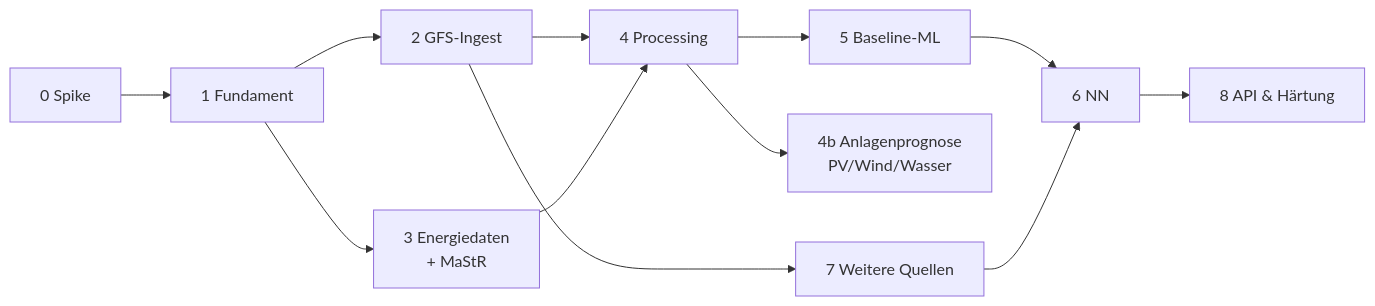
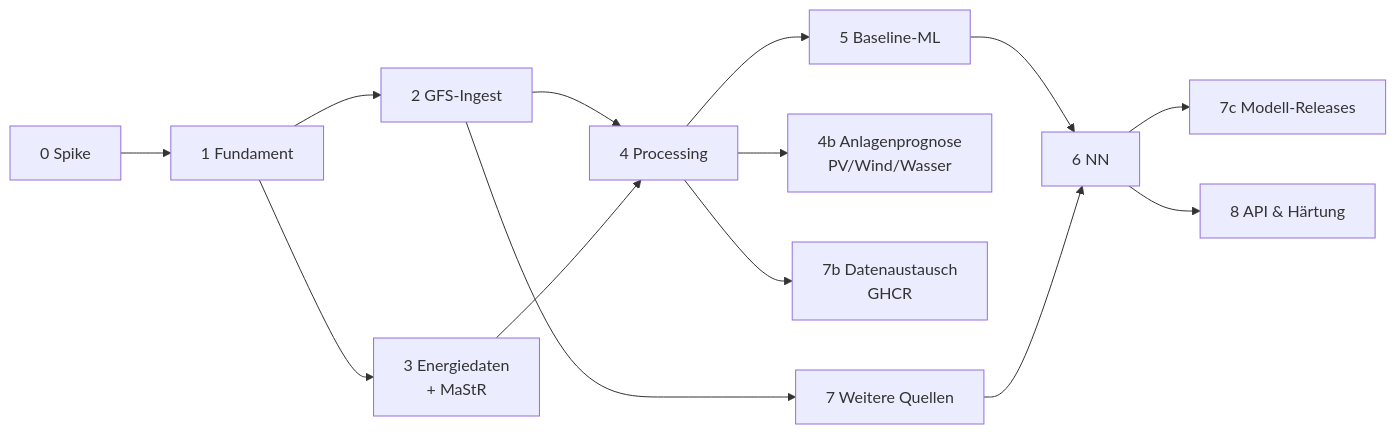
Before and after one commit to the78mole/PredictionDB: diagram 18 of 18 in docs/ARCHITEKTUR.md, drawn with Mermaid. The commit also changed other lines of this file, not shown here.

First line of the commit message:
docs(architektur): Datenaustausch und Modell-Releases über GHCR (#34)

````diff
--- a/docs/ARCHITEKTUR.md
+++ b/docs/ARCHITEKTUR.md
@@ -1455,12 +1593,14 @@
 ```mermaid
 flowchart LR
     P0["0 Spike"] --> P1["1 Fundament"] --> P2["2 GFS-Ingest"]
     P1 --> P3["3 Energiedaten<br/>+ MaStR"]
     P2 --> P4["4 Processing"]
     P3 --> P4
     P4 --> P5["5 Baseline-ML"] --> P6["6 NN"]
     P4 --> P4B["4b Anlagenprognose<br/>PV/Wind/Wasser"]
+    P4 --> P7B["7b Datenaustausch<br/>GHCR"]
+    P6 --> P7C["7c Modell-Releases"]
     P2 --> P7["7 Weitere Quellen"]
     P7 --> P6
     P6 --> P8["8 API & Härtung"]
 ```
````
